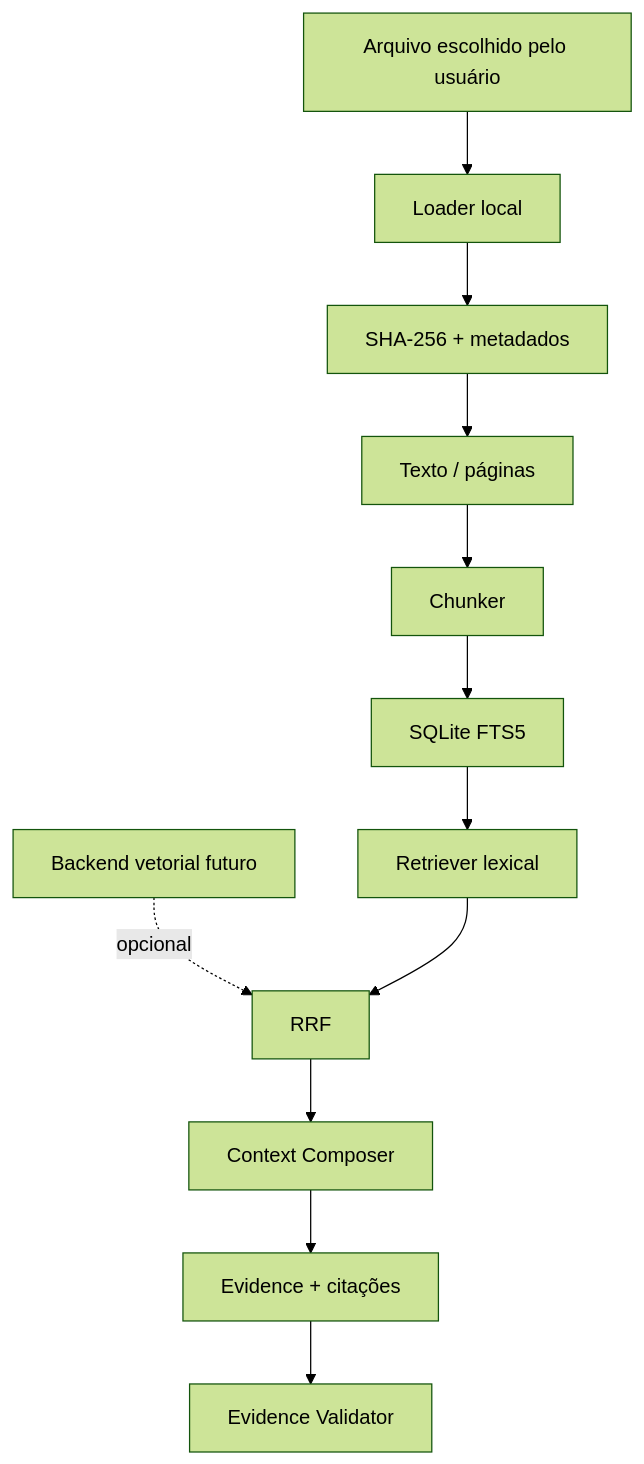
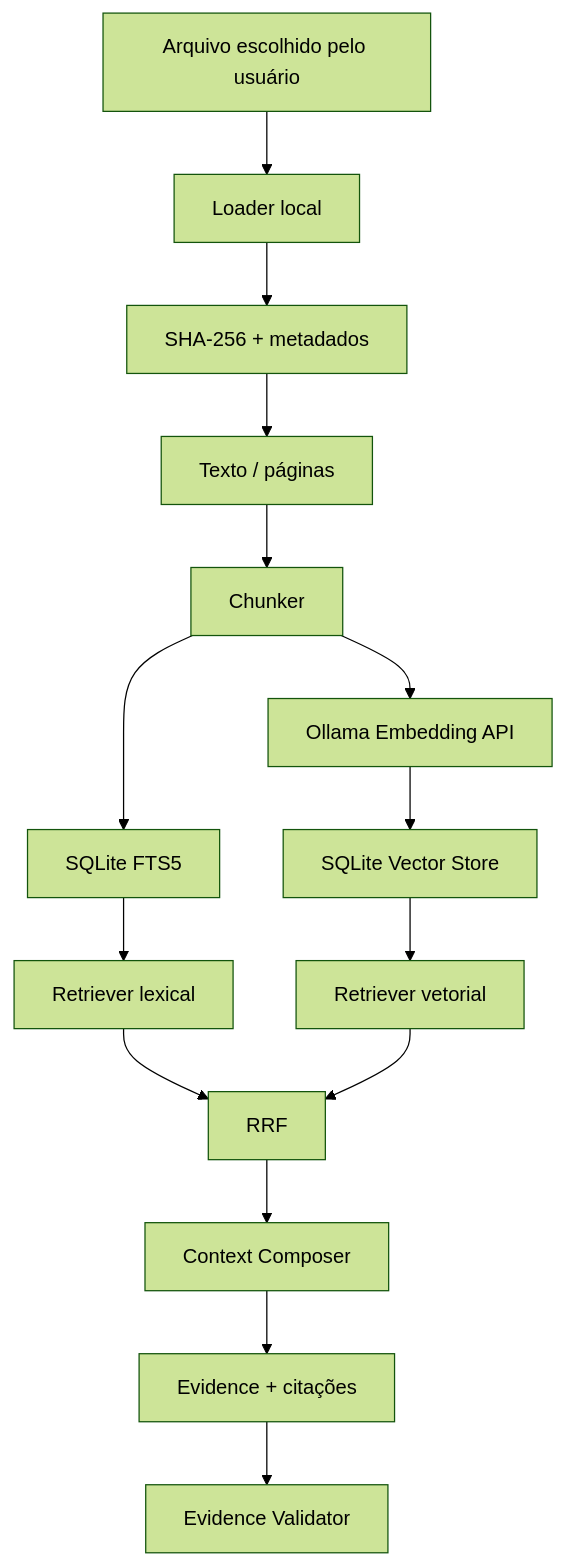
One commit to K410Sh4/AILocalUniversal changed the diagram in docs/RAG.md. Above: the diagram before and after it, drawn with Mermaid (forest theme). The commit also changed other lines of this file and 11 other files, not shown here.

Commit message:
feat: add local Ollama embeddings and SQLite vector retrieval

```diff
--- a/docs/RAG.md
+++ b/docs/RAG.md
@@ -9,14 +9,17 @@
 ~~~mermaid
 flowchart TD
   A[Arquivo escolhido pelo usuário] --> B[Loader local]
   B --> C[SHA-256 + metadados]
   C --> D[Texto / páginas]
   D --> E[Chunker]
   E --> F[SQLite FTS5]
-  F --> G[Retriever lexical]
-  H[Backend vetorial futuro] -. opcional .-> I[RRF]
-  G --> I
-  I --> J[Context Composer]
-  J --> K[Evidence + citações]
-  K --> L[Evidence Validator]
+  E --> G[Ollama Embedding API]
+  G --> H[SQLite Vector Store]
+  F --> I[Retriever lexical]
+  H --> J[Retriever vetorial]
+  I --> K[RRF]
+  J --> K
+  K --> L[Context Composer]
+  L --> M[Evidence + citações]
+  M --> N[Evidence Validator]
 ~~~
```
